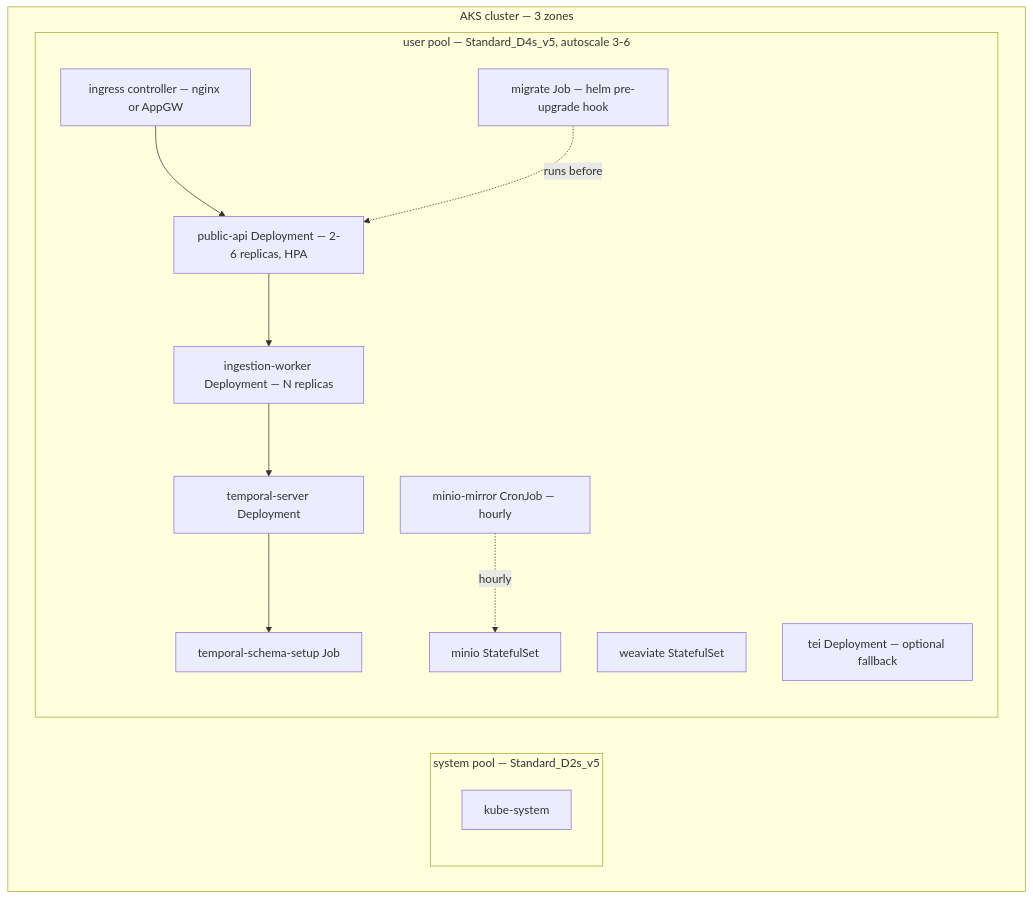
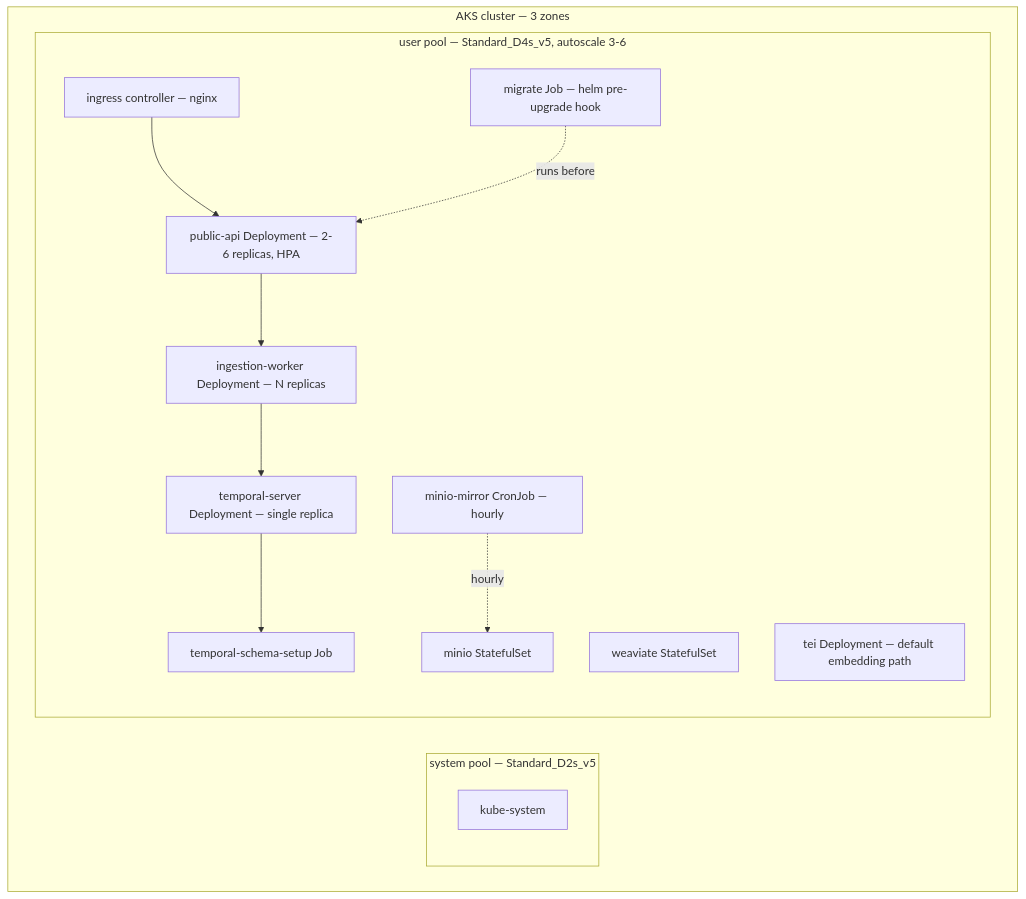
One commit to inherent-prime/inherent changed the fifth of 6 diagrams in docs/deploy/azure.md. Above: the diagram before and after it, drawn with Mermaid. The commit also changed other lines of this file and 8 other files, not shown here.

````diff
--- a/docs/deploy/azure.md
+++ b/docs/deploy/azure.md
@@ -206,27 +215,27 @@
 ```mermaid
 graph TB
     subgraph aks["AKS cluster — 3 zones"]
         subgraph syspool["system pool — Standard_D2s_v5"]
             core["kube-system"]
         end
         subgraph userpool["user pool — Standard_D4s_v5, autoscale 3-6"]
-            ing["ingress controller — nginx or AppGW"]
+            ing["ingress controller — nginx"]
             api["public-api Deployment — 2-6 replicas, HPA"]
             worker["ingestion-worker Deployment — N replicas"]
             weav["weaviate StatefulSet"]
             minio["minio StatefulSet"]
             mirror["minio-mirror CronJob — hourly"]
-            temporal["temporal-server Deployment"]
+            temporal["temporal-server Deployment — single replica"]
             tschema["temporal-schema-setup Job"]
             migrate["migrate Job — helm pre-upgrade hook"]
-            tei["tei Deployment — optional fallback"]
+            tei["tei Deployment — default embedding path"]
         end
     end
 
     ing --> api
     api --> worker
     worker --> temporal
     temporal --> tschema
     migrate -.->|runs before| api
     mirror -.->|hourly| minio
 ```
````
